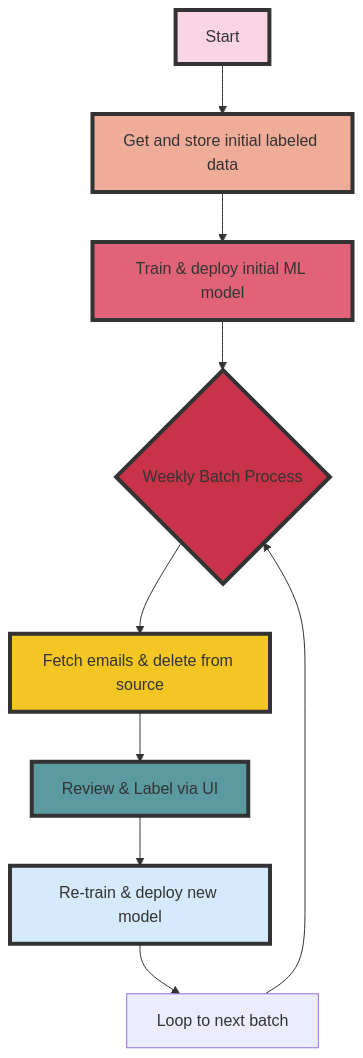
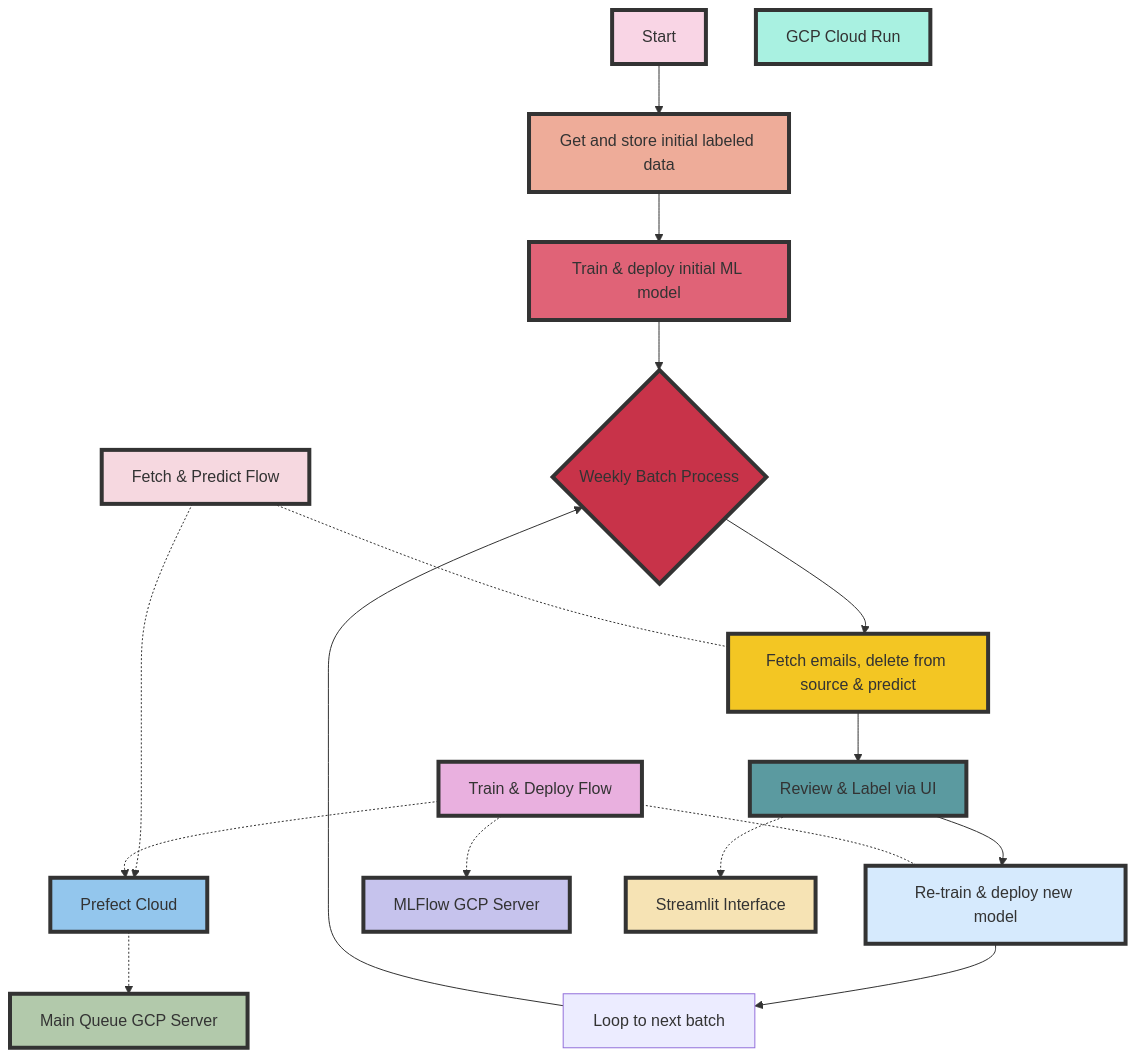
Before and after one commit to ugm2/email-discriminator: the diagram in README.md, drawn with Mermaid. The commit also changed 3 other files, not shown here.

Commit message:
Call train flow from streamlit and updated diagram

````diff
--- a/README.md
+++ b/README.md
@@ -43,29 +43,62 @@
 ```mermaid
 graph TD
 
     style A fill:#f9d5e5,stroke:#333,stroke-width:4px;
     style B fill:#eeac99,stroke:#333,stroke-width:4px;
     style C fill:#e06377,stroke:#333,stroke-width:4px;
     style D fill:#c83349,stroke:#333,stroke-width:4px;
     style E fill:#5b9aa0,stroke:#333,stroke-width:4px;
     style F fill:#d6eafd,stroke:#333,stroke-width:4px;
     style H fill:#f3c623,stroke:#333,stroke-width:4px;
+    style I fill:#93c6ed,stroke:#333,stroke-width:4px;
+    style J fill:#c6c3ed,stroke:#333,stroke-width:4px;
+    style K fill:#b2c9ab,stroke:#333,stroke-width:4px;
+    style L fill:#f6e3b4,stroke:#333,stroke-width:4px;
+    style M fill:#a9f1e1,stroke:#333,stroke-width:4px;
+    style N fill:#f6d8e0,stroke:#333,stroke-width:4px;
+    style O fill:#e9b0df,stroke:#333,stroke-width:4px;
 
     A[Start]
     B[Get and store initial labeled data]
     C[Train & deploy initial ML model]
     D{Weekly Batch Process}
-    H[Fetch emails & delete from source]
+    H[Fetch emails, delete from source & predict]
     E[Review & Label via UI]
     F[Re-train & deploy new model]
     G[Loop to next batch]
+    I[Prefect Cloud]
+    J[MLFlow GCP Server]
+    K[Main Queue GCP Server]
+    L[Streamlit Interface]
+    M[GCP Cloud Run]
+    N[Fetch & Predict Flow]
+    O[Train & Deploy Flow]
 
     A --> B
     B --> C
     C --> D
     D --> H
     H --> E
     E --> F
     F --> G
     G --> D
+
+    N -.- H
+    O -.- F
+    N -.-> I
+    O -.-> I
+    I -.-> K
+    O -.-> J
+    E -.-> L
+
+    classDef GCP style fill:#e1eef6,stroke:#333,stroke-width:3px;
+    classDef streamlit style fill:#d9f2d9,stroke:#333,stroke-width:3px;
+    classDef prefect style fill:#f5d5e5,stroke:#333,stroke-width:3px;
+    classDef flows style fill:#ffe6e6,stroke:#333,stroke-width:3px;
+
+    class I prefect;
+    class J,K,M GCP;
+    class L streamlit;
+    class N,O flows;
+
 ```
````
